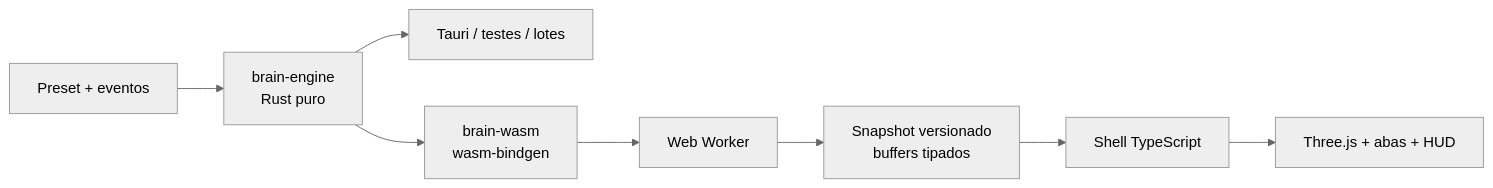
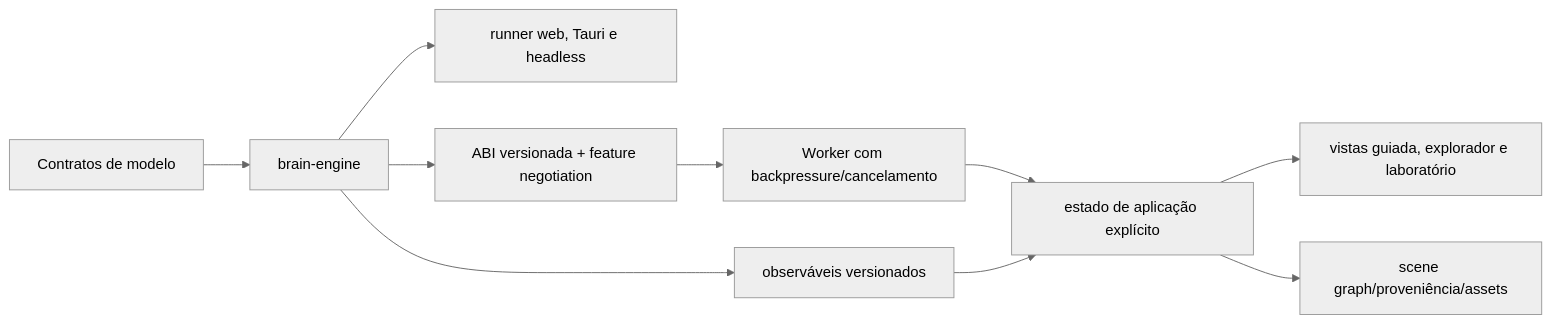
The eighth of 13 diagrams in ARCHITECTURE.md (blightghp/blightghp), drawn with Mermaid (neutral theme) before and after one commit. The commit also changed other lines of this file and 16 other files, not shown here.

Commit message:
docs: consolidate 0.8 architecture and roadmap

````diff
--- a/ARCHITECTURE.md
+++ b/ARCHITECTURE.md
@@ -51,10 +277,12 @@
 ```mermaid
 flowchart LR
-    PRESET["Preset + eventos"] --> RUST["brain-engine<br/>Rust puro"]
-    RUST --> NATIVE["Tauri / testes / lotes"]
-    RUST --> ABI["brain-wasm<br/>wasm-bindgen"]
-    ABI --> WORKER["Web Worker"]
-    WORKER --> SNAP["Snapshot versionado<br/>buffers tipados"]
-    SNAP --> SHELL["Shell TypeScript"]
-    SHELL --> VIEW["Three.js + abas + HUD"]
+    MODEL["Contratos de modelo"] --> CORE["brain-engine"]
+    CORE --> RUNNERS["runner web, Tauri e headless"]
+    CORE --> ABI["ABI versionada + feature negotiation"]
+    ABI --> WORKER["Worker com backpressure/cancelamento"]
+    WORKER --> APP["estado de aplicação explícito"]
+    APP --> VIEWS["vistas guiada, explorador e laboratório"]
+    APP --> GRAPH["scene graph/proveniência/assets"]
+    CORE --> OBS["observáveis versionados"]
+    OBS --> APP
 ```
````
